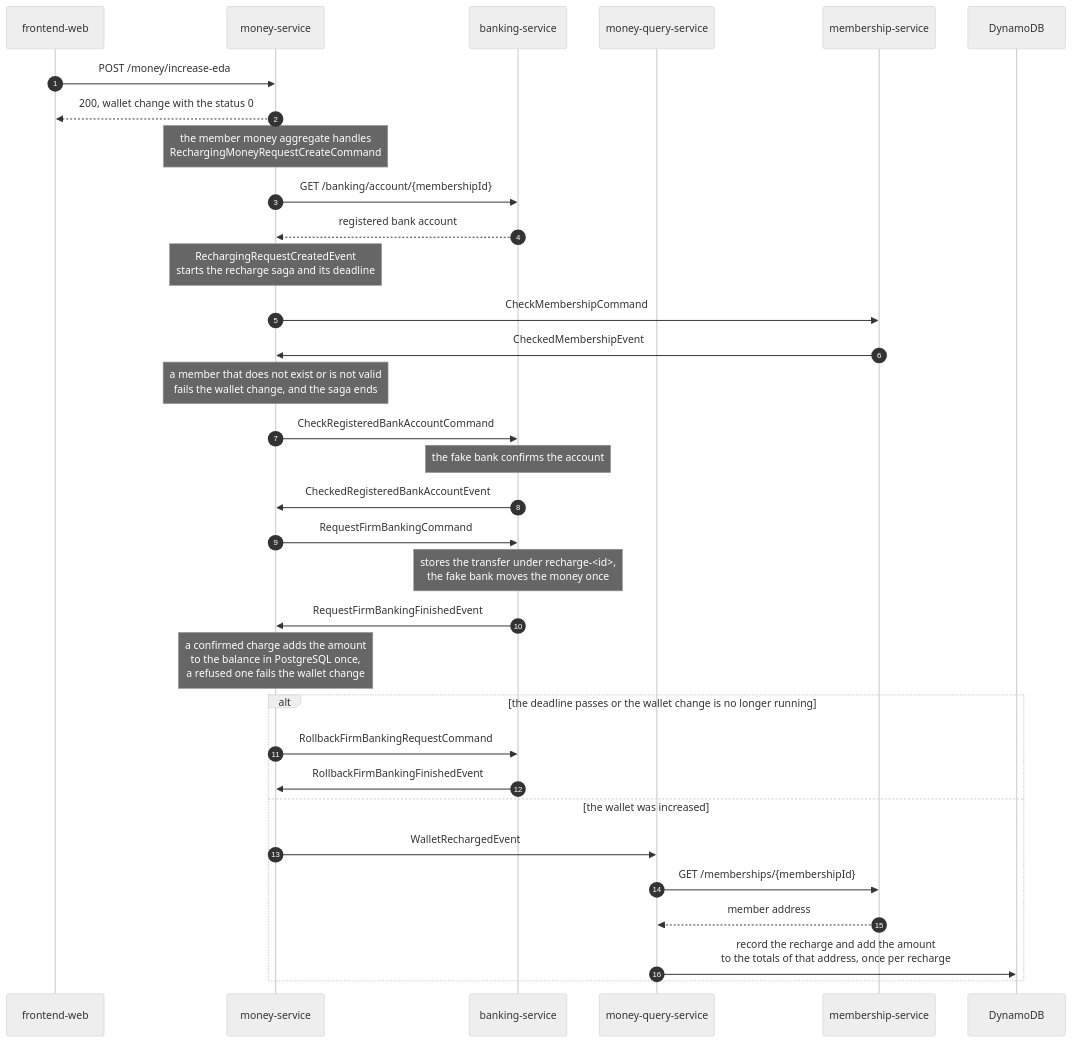
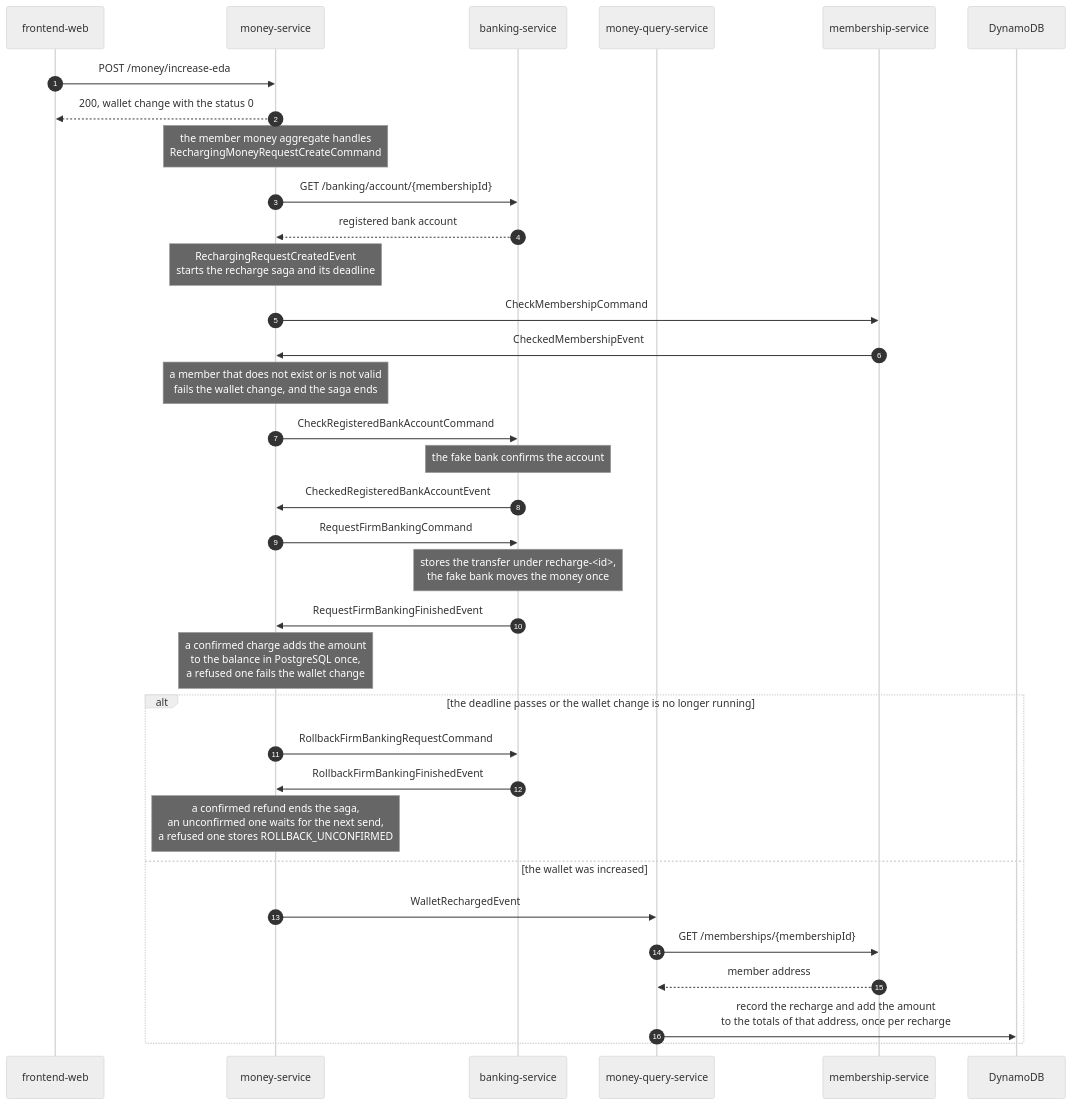
The first of 4 diagrams in docs/architecture.md (chrysaor/JayPay), drawn with Mermaid (neutral theme) before and after one commit. The commit also changed other lines of this file and 7 other files, not shown here.

First line of the commit message:
docs: record that a top-up rollback ends only on a confirmed refund

````diff
--- a/docs/architecture.md
+++ b/docs/architecture.md
@@ -9,36 +9,37 @@
 ```mermaid
 sequenceDiagram
     autonumber
     participant web as frontend-web
     participant money as money-service
     participant banking as banking-service
     participant query as money-query-service
     participant membership as membership-service
     participant dynamodb as DynamoDB
 
     web->>money: POST /money/increase-eda
     money-->>web: 200, wallet change with the status 0
     Note over money: the member money aggregate handles<br/>RechargingMoneyRequestCreateCommand
     money->>banking: GET /banking/account/{membershipId}
     banking-->>money: registered bank account
     Note over money: RechargingRequestCreatedEvent<br/>starts the recharge saga and its deadline
     money->>membership: CheckMembershipCommand
     membership->>money: CheckedMembershipEvent
     Note over money: a member that does not exist or is not valid<br/>fails the wallet change, and the saga ends
     money->>banking: CheckRegisteredBankAccountCommand
     Note over banking: the fake bank confirms the account
     banking->>money: CheckedRegisteredBankAccountEvent
     money->>banking: RequestFirmBankingCommand
     Note over banking: stores the transfer under recharge-<id>,<br/>the fake bank moves the money once
     banking->>money: RequestFirmBankingFinishedEvent
     Note over money: a confirmed charge adds the amount<br/>to the balance in PostgreSQL once,<br/>a refused one fails the wallet change
     alt the deadline passes or the wallet change is no longer running
         money->>banking: RollbackFirmBankingRequestCommand
         banking->>money: RollbackFirmBankingFinishedEvent
+        Note over money: a confirmed refund ends the saga,<br/>an unconfirmed one waits for the next send,<br/>a refused one stores ROLLBACK_UNCONFIRMED
     else the wallet was increased
         money->>query: WalletRechargedEvent
         query->>membership: GET /memberships/{membershipId}
         membership-->>query: member address
         query->>dynamodb: record the recharge and add the amount<br/>to the totals of that address, once per recharge
     end
 ```
````
